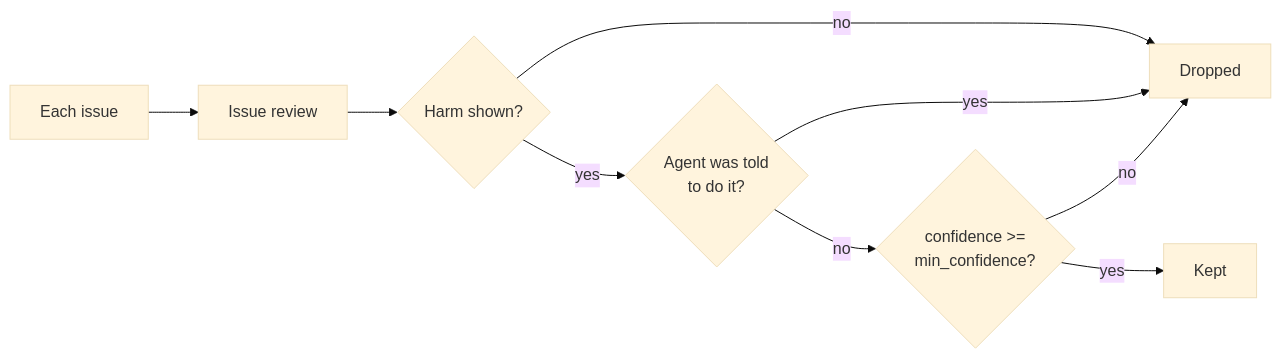
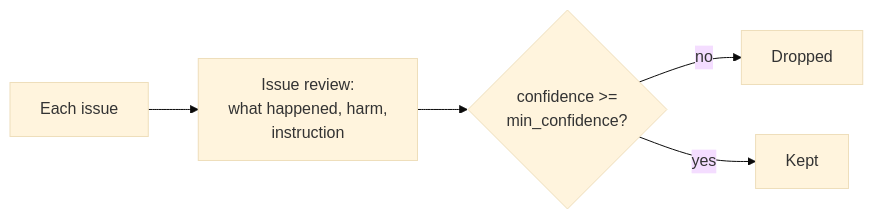
The diagram in docs/content/docs/(monitoring-classifiers)/classifiers-issue.mdx (confident-ai/deepeval), drawn with Mermaid (base theme) before and after one commit. The commit also changed other lines of this file and 115 other files, not shown here.

````diff
--- a/docs/content/docs/(monitoring-classifiers)/classifiers-issue.mdx
+++ b/docs/content/docs/(monitoring-classifiers)/classifiers-issue.mdx
@@ -93,11 +94,7 @@
 ```mermaid
 flowchart LR
-    issue[Each issue] --> review[Issue review]
-    review --> harm{Harm shown?}
-    harm -- no --> drop[Dropped]
-    harm -- yes --> told{Agent was told<br/>to do it?}
-    told -- yes --> drop
-    told -- no --> conf{confidence >=<br/>min_confidence?}
-    conf -- no --> drop
+    issue[Each issue] --> review[Issue review:<br/>what happened, harm,<br/>instruction]
+    review --> conf{confidence >=<br/>min_confidence?}
+    conf -- no --> drop[Dropped]
     conf -- yes --> keep[Kept]
 ```
````
